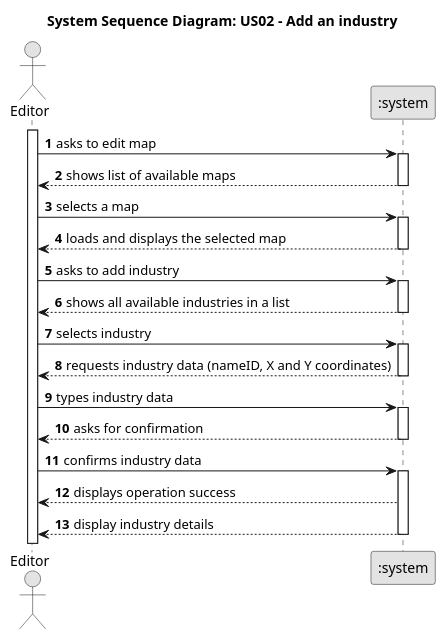
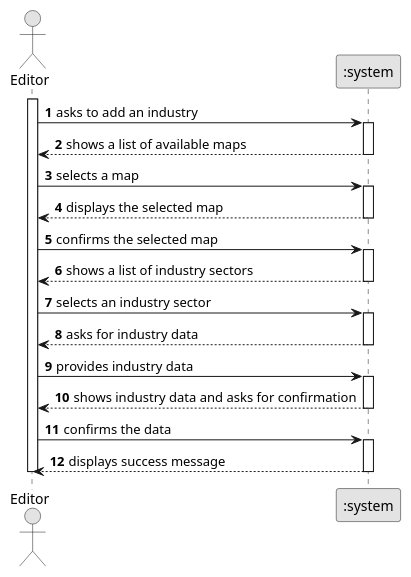
Before and after one commit to HenriqueSilva18/Railway-Network-Simulator: the diagram in docs/system-documentation/Sprint 3/US02/01.requirements-engineering/puml/US002-SSD.puml, drawn with PlantUML. The commit also changed 34 other files, not shown here.

```diff
--- a/docs/system-documentation/Sprint 3/US02/01.requirements-engineering/puml/US002-SSD.puml
+++ b/docs/system-documentation/Sprint 3/US02/01.requirements-engineering/puml/US002-SSD.puml
@@ -1,49 +1,44 @@
 @startuml
 skinparam monochrome true
 skinparam packageStyle rectangle
 skinparam shadowing false
 
 autonumber
 
-title System Sequence Diagram: US02 - Add an industry
+actor "Editor" as EDITOR
+participant ":system" as SYSTEM
 
-actor "Editor" as editor
-participant ":system" as system
+activate EDITOR
 
-activate editor
+    EDITOR -> SYSTEM : asks to add an industry
+    activate SYSTEM
+        SYSTEM --> EDITOR : shows a list of available maps
+    deactivate SYSTEM
 
-    editor -> system : asks to edit map
-        activate system
-            system --> editor: shows list of available maps
-        deactivate system
+    EDITOR -> SYSTEM : selects a map
+    activate SYSTEM
+        SYSTEM --> EDITOR : displays the selected map
+    deactivate SYSTEM
 
-    editor -> system: selects a map
-        activate system
-            system --> editor: loads and displays the selected map
-        deactivate system
+    EDITOR -> SYSTEM : confirms the selected map
+    activate SYSTEM
+        SYSTEM --> EDITOR : shows a list of industry sectors
+    deactivate SYSTEM
 
-    editor -> system : asks to add industry
-        activate system
-        system --> editor: shows all available industries in a list
+    EDITOR -> SYSTEM : selects an industry sector
+    activate SYSTEM
+        SYSTEM --> EDITOR : asks for industry data
+    deactivate SYSTEM
 
+    EDITOR -> SYSTEM : provides industry data
+    activate SYSTEM
+        SYSTEM --> EDITOR : shows industry data and asks for confirmation
+    deactivate SYSTEM
 
-        deactivate system
+    EDITOR -> SYSTEM : confirms the data
+    activate SYSTEM
+        SYSTEM --> EDITOR : displays success message
+    deactivate SYSTEM
 
-    editor -> system: selects industry
-        activate system
-        system --> editor: requests industry data (nameID, X and Y coordinates)
-        deactivate system
-
-    editor -> system: types industry data
-        activate system
-        system --> editor: asks for confirmation
-        deactivate system
-
-    editor -> system: confirms industry data
-        activate system
-        system --> editor: displays operation success
-        system --> editor: display industry details
-        deactivate system
-
-
+deactivate EDITOR
 @enduml
```
